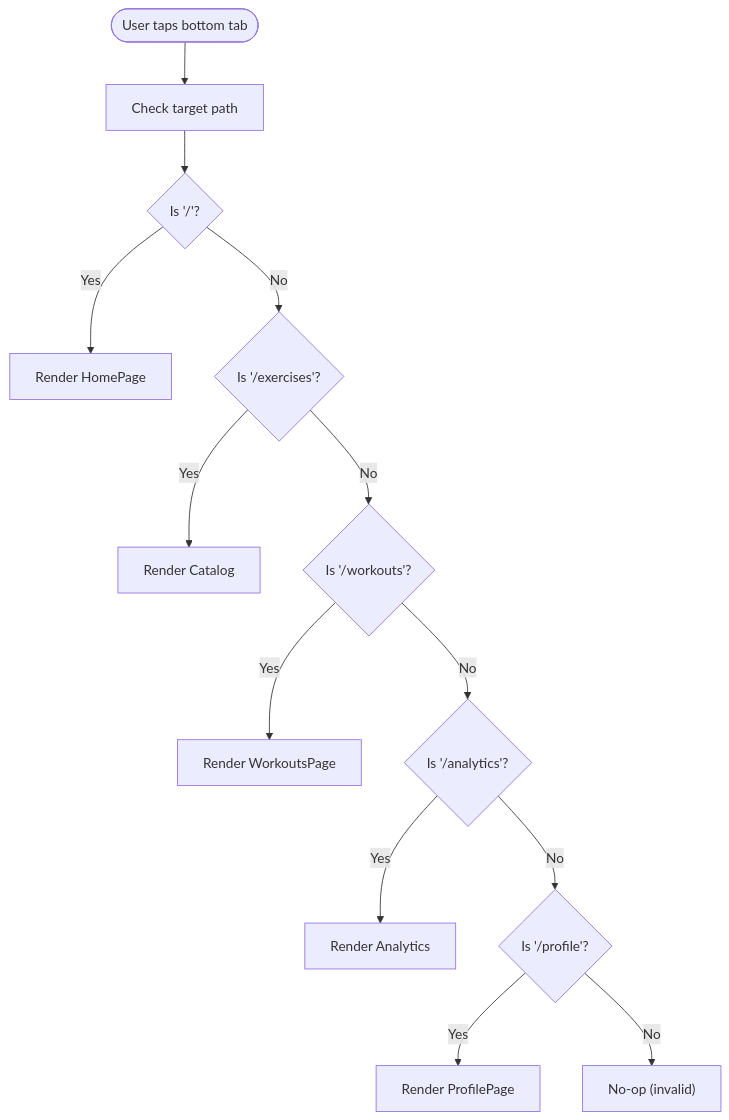
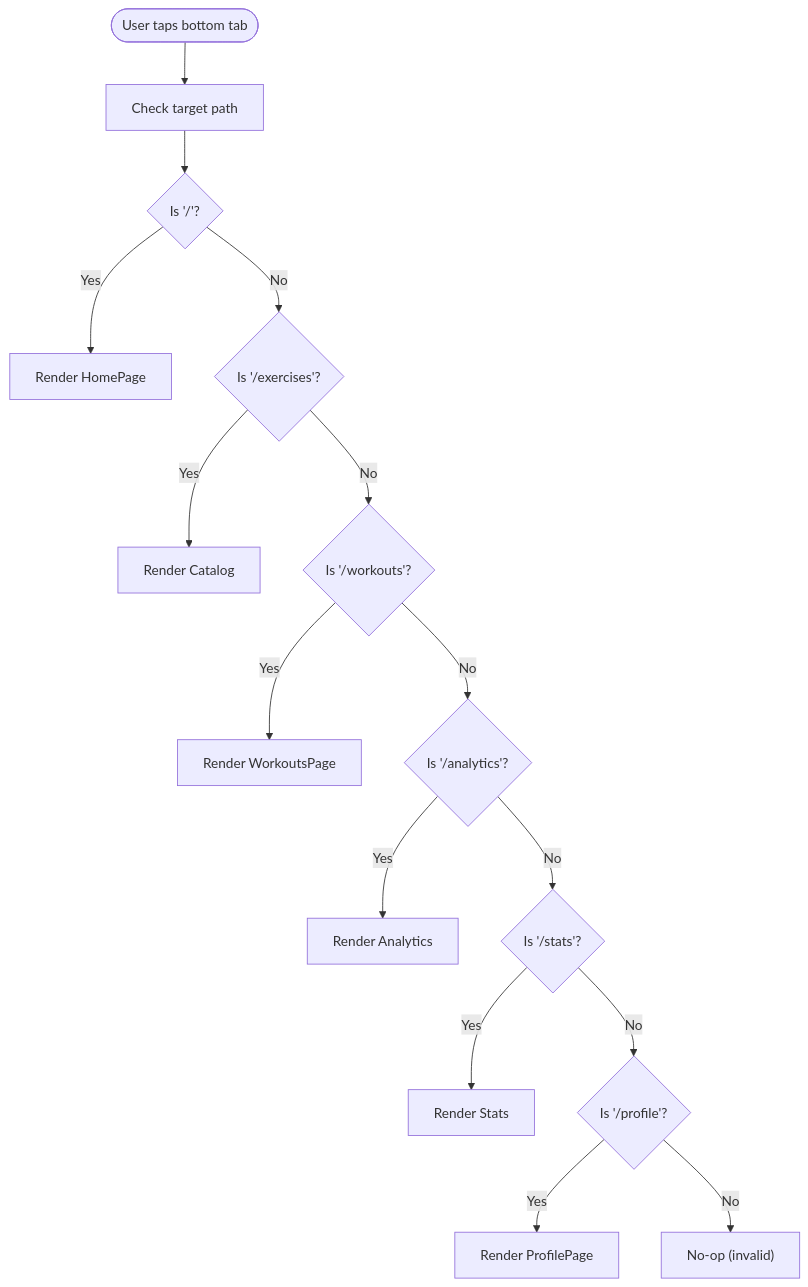
One commit to nilsnavi/fit_trackerpro changed the fourth of 6 diagrams in .qoder/repowiki/en/content/Frontend Component Architecture/Application Structure & Routing.md. Above: the diagram before and after it, drawn with Mermaid. The commit also changed other lines of this file and 19 other files, not shown here.

````diff
--- a/.qoder/repowiki/en/content/Frontend Component Architecture/Application Structure & Routing.md
+++ b/.qoder/repowiki/en/content/Frontend Component Architecture/Application Structure & Routing.md
@@ -198,15 +228,17 @@
 ```mermaid
 flowchart TD
 Start(["User taps bottom tab"]) --> CheckPath["Check target path"]
 CheckPath --> IsHome{"Is '/'?"}
 IsHome --> |Yes| RenderHome["Render HomePage"]
 IsHome --> |No| IsCatalog{"Is '/exercises'?"}
 IsCatalog --> |Yes| RenderCatalog["Render Catalog"]
 IsCatalog --> |No| IsWorkouts{"Is '/workouts'?"}
 IsWorkouts --> |Yes| RenderWorkouts["Render WorkoutsPage"]
-IsWorkouts --> |No| IsStats{"Is '/analytics'?"}
-IsStats --> |Yes| RenderAnalytics["Render Analytics"]
+IsWorkouts --> |No| IsAnalytics{"Is '/analytics'?"}
+IsAnalytics --> |Yes| RenderAnalytics["Render Analytics"]
+IsAnalytics --> |No| IsStats{"Is '/stats'?"}
+IsStats --> |Yes| RenderStats["Render Stats"]
 IsStats --> |No| IsProfile{"Is '/profile'?"}
 IsProfile --> |Yes| RenderProfile["Render ProfilePage"]
 IsProfile --> |No| Noop["No-op (invalid)"]
 ```
````
